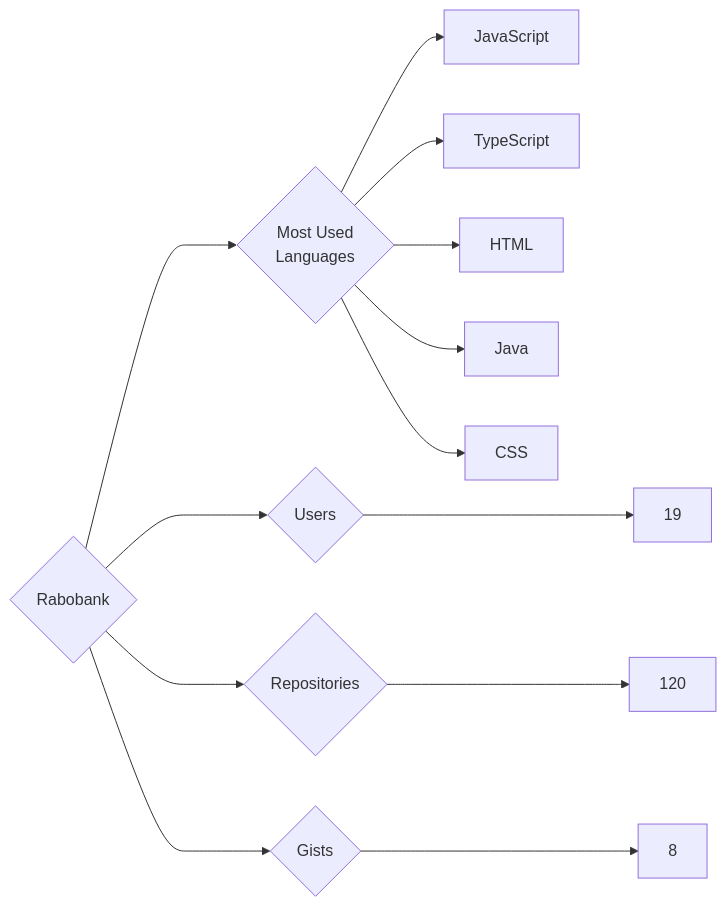
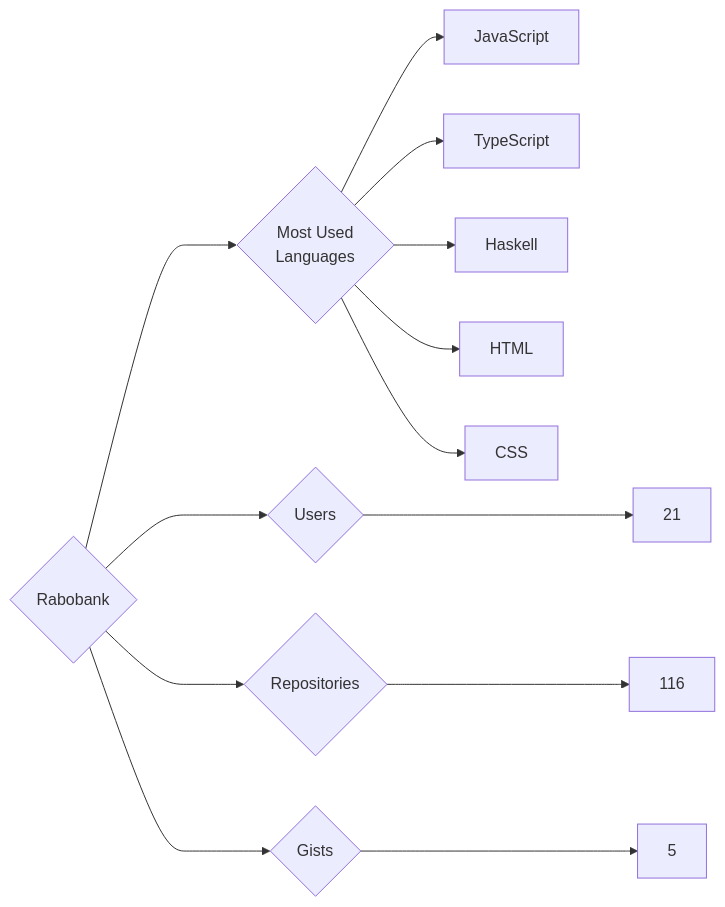
Before and after one commit to trickest/insiders: the diagram in targets/Rabobank/README.md, drawn with Mermaid. The commit also changed 886 other files, not shown here.

````diff
--- a/targets/Rabobank/README.md
+++ b/targets/Rabobank/README.md
@@ -3,13 +3,13 @@
 ```mermaid
 graph LR
 COMPANY_NAME{Rabobank}
-COMPANY_NAME ---> U{Users} ---> UN[19]
-COMPANY_NAME ---> R{Repositories} ---> RN[120]
-COMPANY_NAME ---> G{Gists} ---> GN[8]
+COMPANY_NAME ---> U{Users} ---> UN[21]
+COMPANY_NAME ---> R{Repositories} ---> RN[116]
+COMPANY_NAME ---> G{Gists} ---> GN[5]
 COMPANY_NAME ---> ML{Most Used<br>Languages}
 ML --> JavaScript[JavaScript]
 ML --> TypeScript[TypeScript]
+ML --> Haskell[Haskell]
 ML --> HTML[HTML]
-ML --> Java[Java]
 ML --> CSS[CSS]
 ```
````
